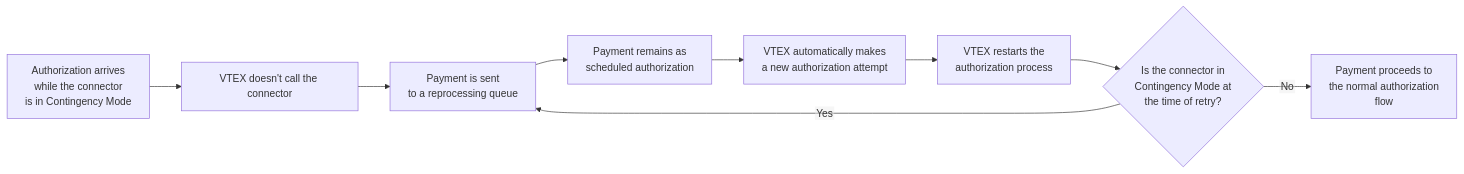
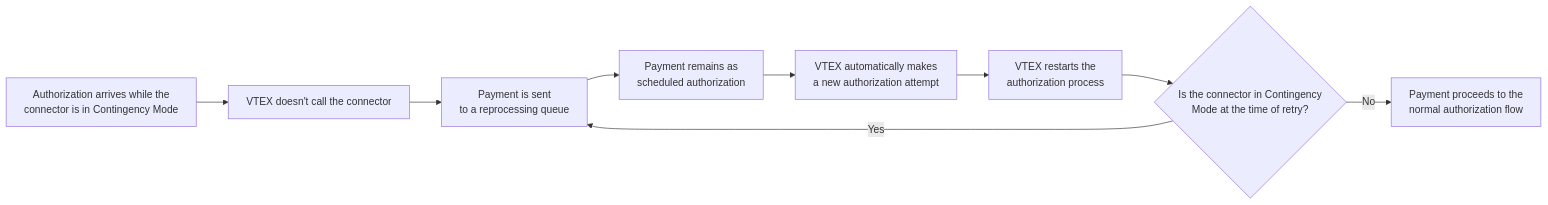
The second of 2 diagrams in docs/en/tutorials/payments/transactions/mode-off-faq.md (vtexdocs/help-center-content), drawn with Mermaid before and after one commit. The commit also changed other lines of this file and 2 other files, not shown here.

Commit message:
update: edu-18553 fix mermaid node text clipping in contingency mode faq
Cap every flowchart node at two lines and raise wrappingWidth so labels don't wrap into a third line, which the Help Center renderer clips at the bottom of the box.

````diff
--- a/docs/en/tutorials/payments/transactions/mode-off-faq.md
+++ b/docs/en/tutorials/payments/transactions/mode-off-faq.md
@@ -128,12 +128,12 @@
 ```mermaid
-%%{init: {'flowchart': {'htmlLabels': false, 'useMaxWidth': false, 'wrappingWidth': 220, 'padding': 14}}}%%
+%%{init: {'flowchart': {'htmlLabels': true, 'useMaxWidth': false, 'wrappingWidth': 500, 'padding': 14}}}%%
 flowchart LR
-    A["Authorization arrives<br/>while the connector<br/>is in Contingency Mode"] --> B["VTEX doesn't call the connector"]
+    A["Authorization arrives while the<br/>connector is in Contingency Mode"] --> B["VTEX doesn't call the connector"]
     B --> C["Payment is sent<br/>to a reprocessing queue"]
     C --> D["Payment remains as<br/>scheduled authorization"]
     D --> E["VTEX automatically makes<br/>a new authorization attempt"]
     E --> F["VTEX restarts the<br/>authorization process"]
-    F --> G{"Is the connector in<br/>Contingency Mode at<br/>the time of retry?"}
+    F --> G{"Is the connector in Contingency<br/>Mode at the time of retry?"}
     G -- "Yes" --> C
-    G -- "No" --> H["Payment proceeds to<br/>the normal authorization<br/>flow"]
+    G -- "No" --> H["Payment proceeds to the<br/>normal authorization flow"]
 ```
````
